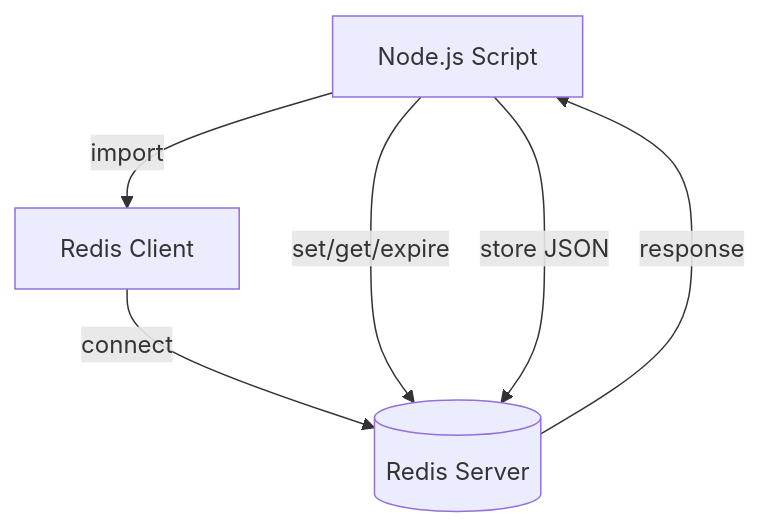
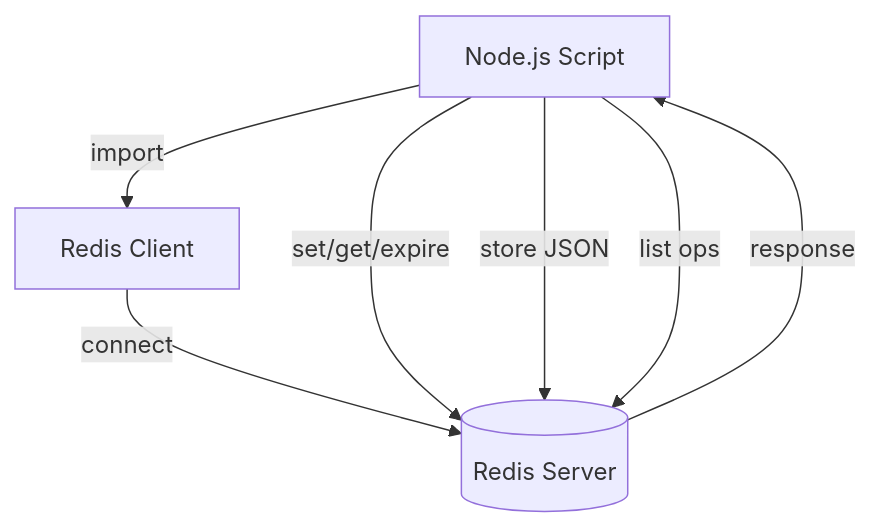
The diagram in Readme.md (pbbhattpriyanshu/Redis_playground), drawn with Mermaid before and after one commit. The commit also changed other lines of this file and 1 other file, not shown here.

Commit message:
Added list operations to Redis playground and updated documentation

````diff
--- a/Readme.md
+++ b/Readme.md
@@ -30,8 +31,9 @@
 ```mermaid
 flowchart TD
     A[Node.js Script] -->|import| B[Redis Client]
     B -->|connect| C[(Redis Server)]
     A -->|set/get/expire| C
     A -->|store JSON| C
+    A -->|list ops| C
     C -->|response| A
 ```
````
